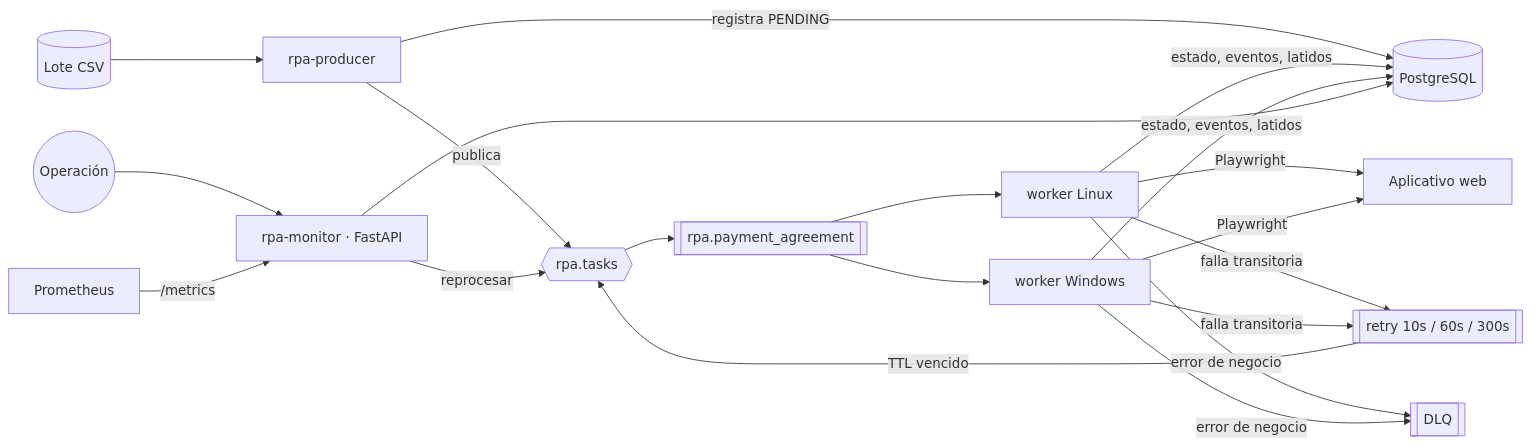
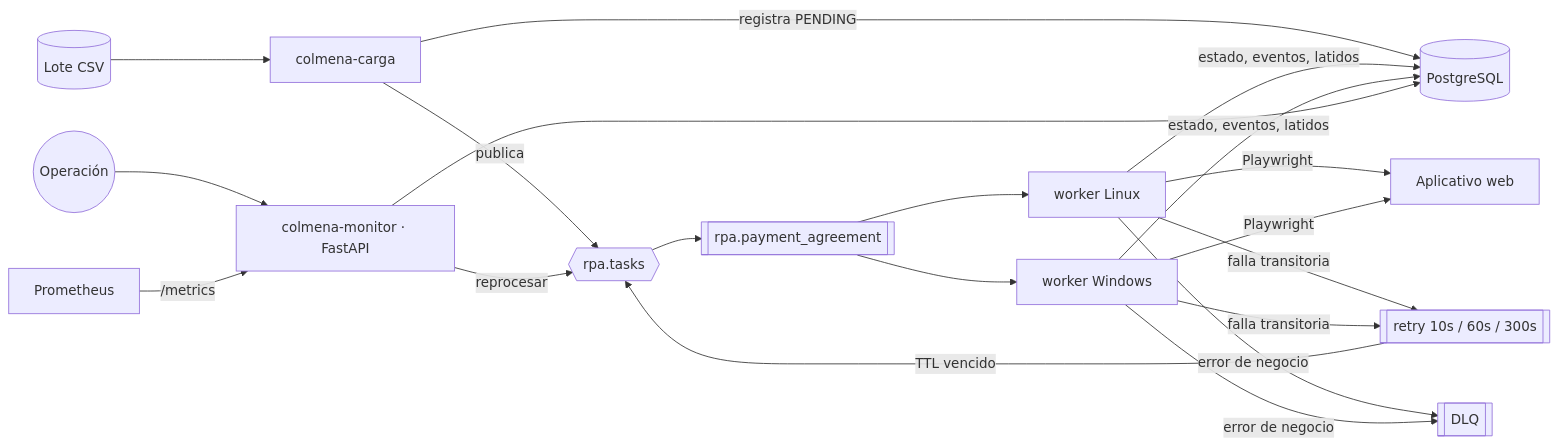
One commit to DarwinMontiel/colmena-rpa changed the first of 2 diagrams in README.md. Above: the diagram before and after it, drawn with Mermaid. The commit also changed other lines of this file and 67 other files, not shown here.

First line of the commit message:
refactor!: renombrar el proyecto a Colmena RPA (colmena-rpa)

````diff
--- a/README.md
+++ b/README.md
@@ -67,18 +67,18 @@
 ```mermaid
 flowchart LR
-    CSV[(Lote CSV)] --> P[rpa-producer]
+    CSV[(Lote CSV)] --> P[colmena-carga]
     P -- registra PENDING --> DB[(PostgreSQL)]
     P -- publica --> EX{{rpa.tasks}}
     EX --> Q[[rpa.payment_agreement]]
     Q --> W1[worker Linux]
     Q --> W2[worker Windows]
     W1 & W2 -- Playwright --> PORTAL[Aplicativo web]
     W1 & W2 -- falla transitoria --> RQ[[retry 10s / 60s / 300s]]
     RQ -- TTL vencido --> EX
     W1 & W2 -- error de negocio --> DLQ[[DLQ]]
     W1 & W2 -- estado, eventos, latidos --> DB
-    M[rpa-monitor · FastAPI] --> DB
+    M[colmena-monitor · FastAPI] --> DB
     M -- reprocesar --> EX
     OPS((Operación)) --> M
     PROM[Prometheus] -- /metrics --> M
 ```
````
